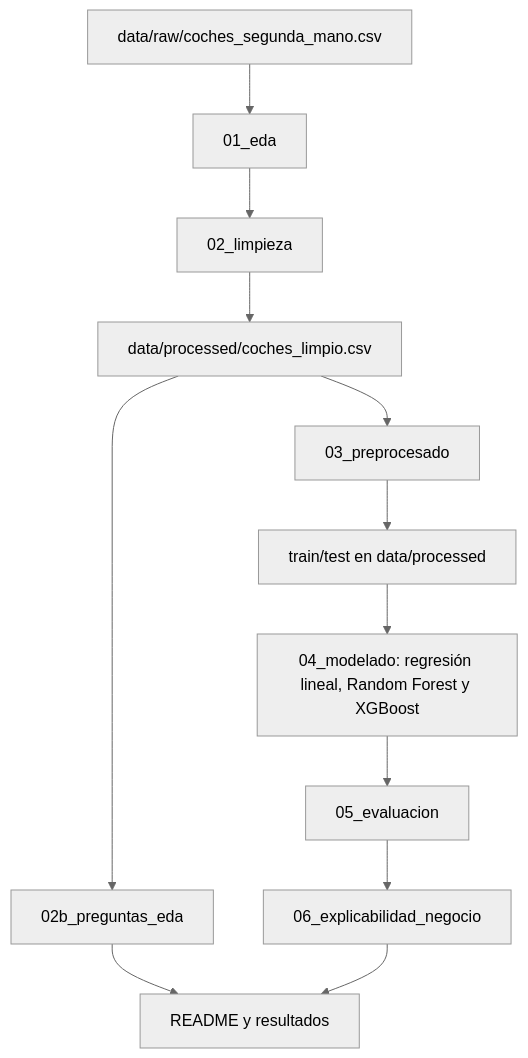
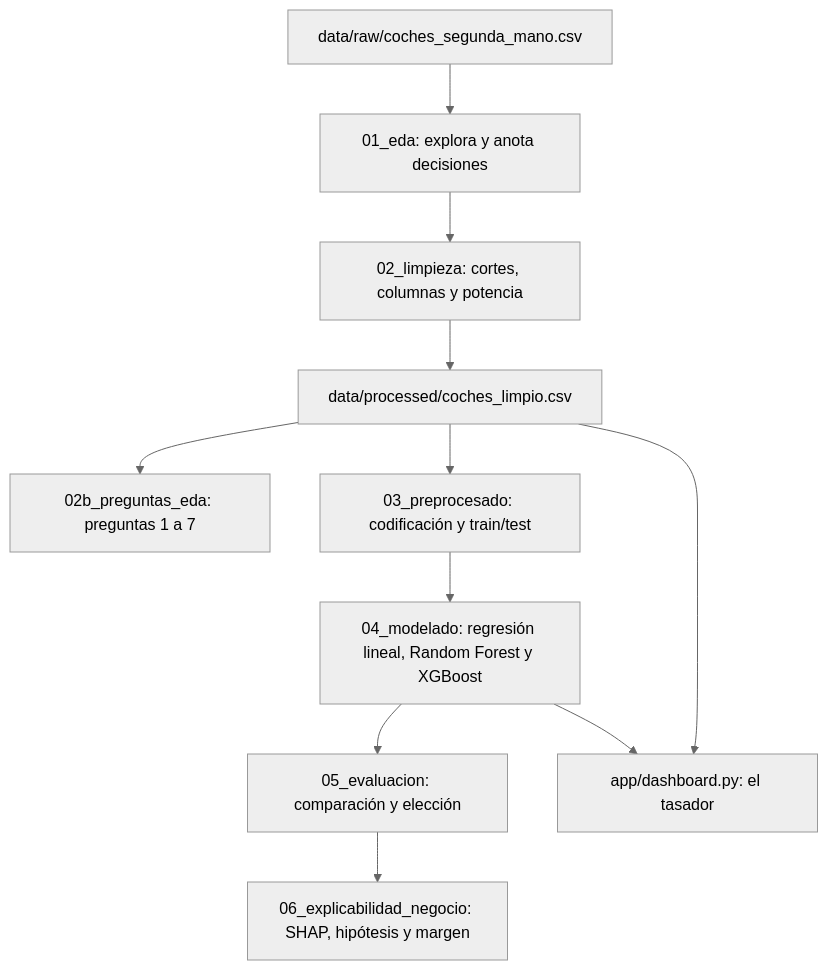
Before and after one commit to rusamen86/tfm-p1-precio-coches: the diagram in README.md, drawn with Mermaid (neutral theme). The commit also changed other lines of this file, not shown here.

````diff
--- a/README.md
+++ b/README.md
@@ -193,14 +210,13 @@
 ```mermaid
 flowchart TD
-    A[data/raw/coches_segunda_mano.csv] --> B[01_eda]
-    B --> C[02_limpieza]
+    A[data/raw/coches_segunda_mano.csv] --> B[01_eda: explora y anota decisiones]
+    B --> C[02_limpieza: cortes, columnas y potencia]
     C --> D[data/processed/coches_limpio.csv]
-    D --> E[02b_preguntas_eda]
-    D --> F[03_preprocesado]
-    F --> G[train/test en data/processed]
-    G --> H[04_modelado: regresión lineal, Random Forest y XGBoost]
-    H --> I[05_evaluacion]
-    I --> J[06_explicabilidad_negocio]
-    E --> K[README y resultados]
-    J --> K
+    D --> E[02b_preguntas_eda: preguntas 1 a 7]
+    D --> F[03_preprocesado: codificación y train/test]
+    F --> G[04_modelado: regresión lineal, Random Forest y XGBoost]
+    G --> H[05_evaluacion: comparación y elección]
+    H --> I[06_explicabilidad_negocio: SHAP, hipótesis y margen]
+    G --> J[app/dashboard.py: el tasador]
+    D --> J
 ```
````
